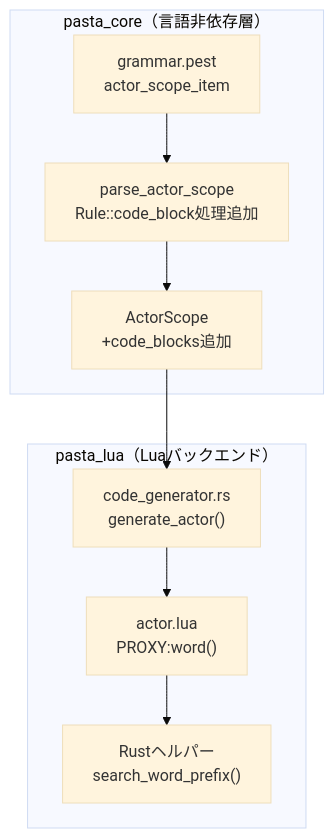
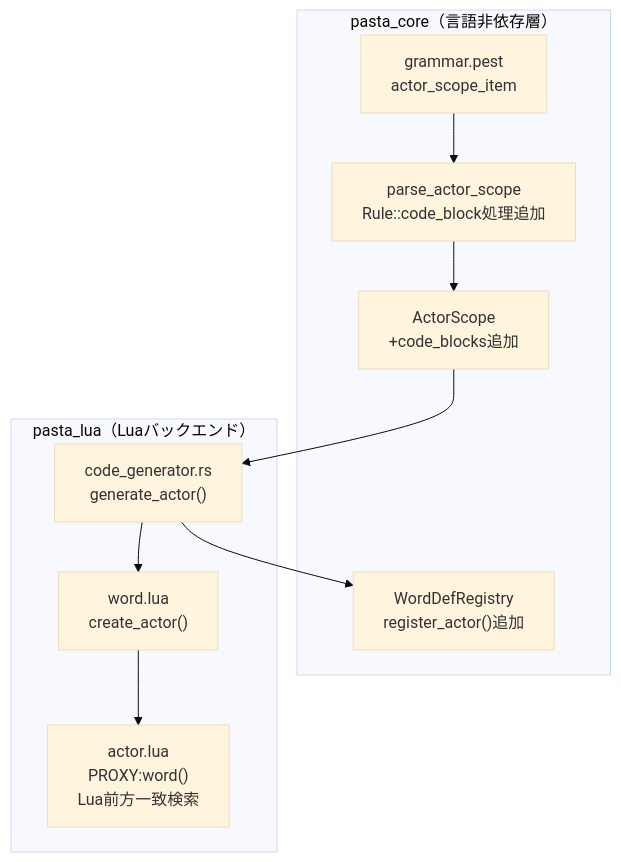
One commit to ekicyou/pasta changed the first of 3 diagrams in .kiro/specs/actor-word-dictionary/design.md. Above: the diagram before and after it, drawn with Mermaid (base theme). The commit also changed other lines of this file, not shown here.

Commit message:
refactor(spec): actor-word-dictionary - 議題1決定に基づき設計を更新（Lua側前方一致検索、WordDefRegistry拡張）

````diff
--- a/.kiro/specs/actor-word-dictionary/design.md
+++ b/.kiro/specs/actor-word-dictionary/design.md
@@ -45,20 +45,22 @@
 ```mermaid
 graph TB
     subgraph pasta_core["pasta_core（言語非依存層）"]
         Grammar["grammar.pest<br/>actor_scope_item"]
         Parser["parse_actor_scope<br/>Rule::code_block処理追加"]
         AST["ActorScope<br/>+code_blocks追加"]
+        Registry["WordDefRegistry<br/>register_actor()追加"]
     end
     
     subgraph pasta_lua["pasta_lua（Luaバックエンド）"]
         CodeGen["code_generator.rs<br/>generate_actor()"]
-        ActorLua["actor.lua<br/>PROXY:word()"]
-        RustHelper["Rustヘルパー<br/>search_word_prefix()"]
+        WordLua["word.lua<br/>create_actor()"]
+        ActorLua["actor.lua<br/>PROXY:word()<br/>Lua前方一致検索"]
     end
     
     Grammar --> Parser
     Parser --> AST
     AST --> CodeGen
-    CodeGen --> ActorLua
-    ActorLua --> RustHelper
+    CodeGen --> WordLua
+    CodeGen --> Registry
+    WordLua --> ActorLua
 ```
````
